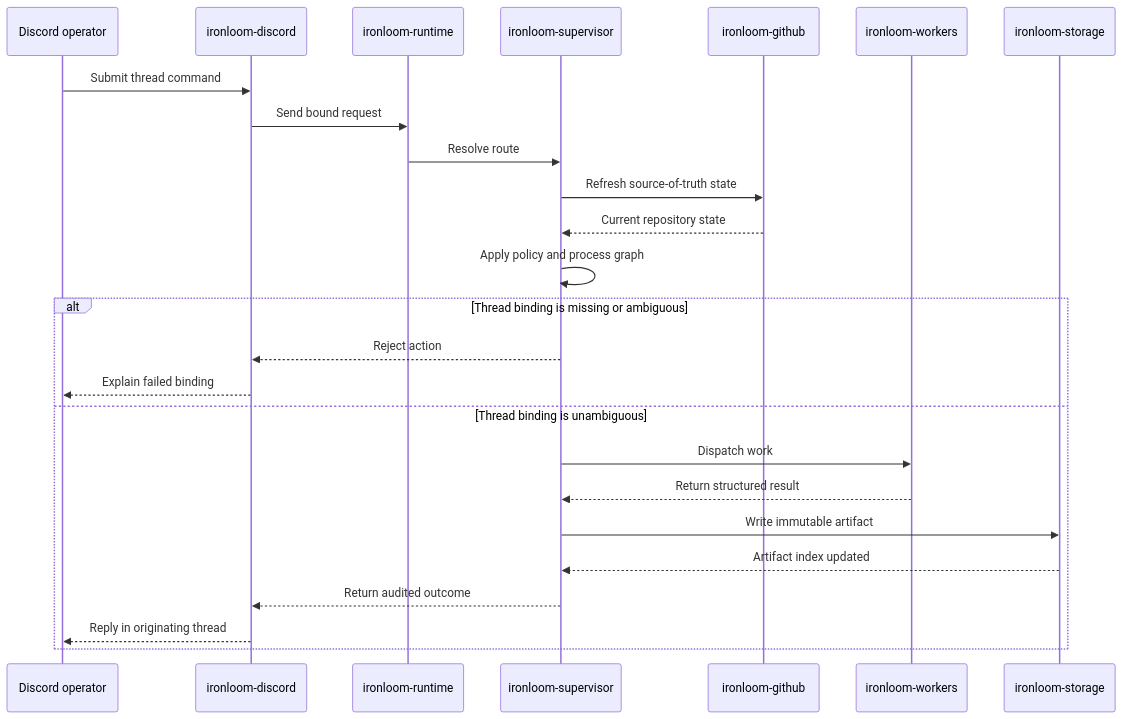
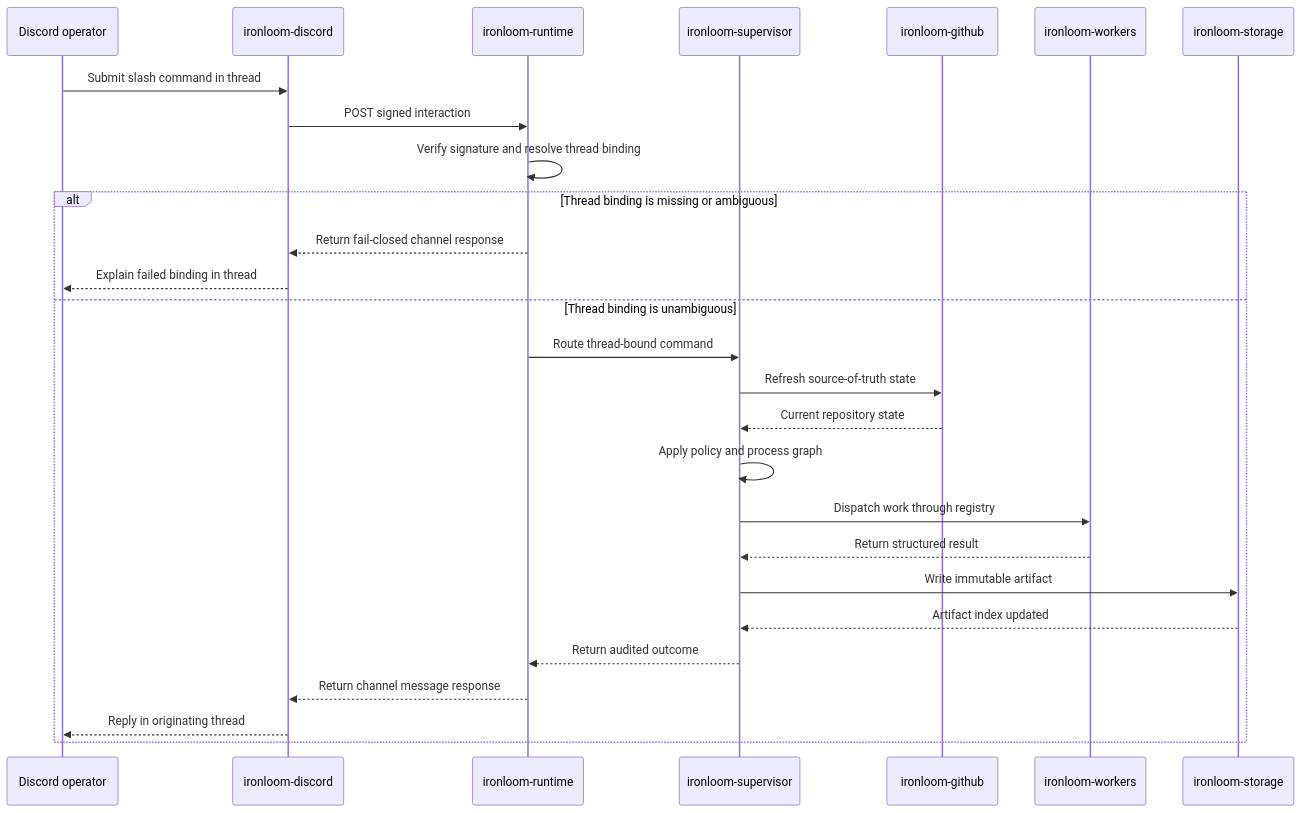
The diagram in site/guide-docs/guides/operator-workflows.md (VannaDii/ironloom), drawn with Mermaid before and after one commit. The commit also changed 73 other files, not shown here.

````diff
--- a/site/guide-docs/guides/operator-workflows.md
+++ b/site/guide-docs/guides/operator-workflows.md
@@ -7,28 +7,30 @@
 ```mermaid
 sequenceDiagram
   participant Operator as Discord operator
   participant Discord as ironloom-discord
   participant Runtime as ironloom-runtime
   participant Supervisor as ironloom-supervisor
   participant GitHub as ironloom-github
   participant Worker as ironloom-workers
   participant Storage as ironloom-storage
 
-  Operator->>Discord: Submit thread command
-  Discord->>Runtime: Send bound request
-  Runtime->>Supervisor: Resolve route
-  Supervisor->>GitHub: Refresh source-of-truth state
-  GitHub-->>Supervisor: Current repository state
-  Supervisor->>Supervisor: Apply policy and process graph
+  Operator->>Discord: Submit slash command in thread
+  Discord->>Runtime: POST signed interaction
+  Runtime->>Runtime: Verify signature and resolve thread binding
   alt Thread binding is missing or ambiguous
-    Supervisor-->>Discord: Reject action
-    Discord-->>Operator: Explain failed binding
+    Runtime-->>Discord: Return fail-closed channel response
+    Discord-->>Operator: Explain failed binding in thread
   else Thread binding is unambiguous
-    Supervisor->>Worker: Dispatch work
+    Runtime->>Supervisor: Route thread-bound command
+    Supervisor->>GitHub: Refresh source-of-truth state
+    GitHub-->>Supervisor: Current repository state
+    Supervisor->>Supervisor: Apply policy and process graph
+    Supervisor->>Worker: Dispatch work through registry
     Worker-->>Supervisor: Return structured result
     Supervisor->>Storage: Write immutable artifact
     Storage-->>Supervisor: Artifact index updated
-    Supervisor-->>Discord: Return audited outcome
+    Supervisor-->>Runtime: Return audited outcome
+    Runtime-->>Discord: Return channel message response
     Discord-->>Operator: Reply in originating thread
   end
 ```
````
